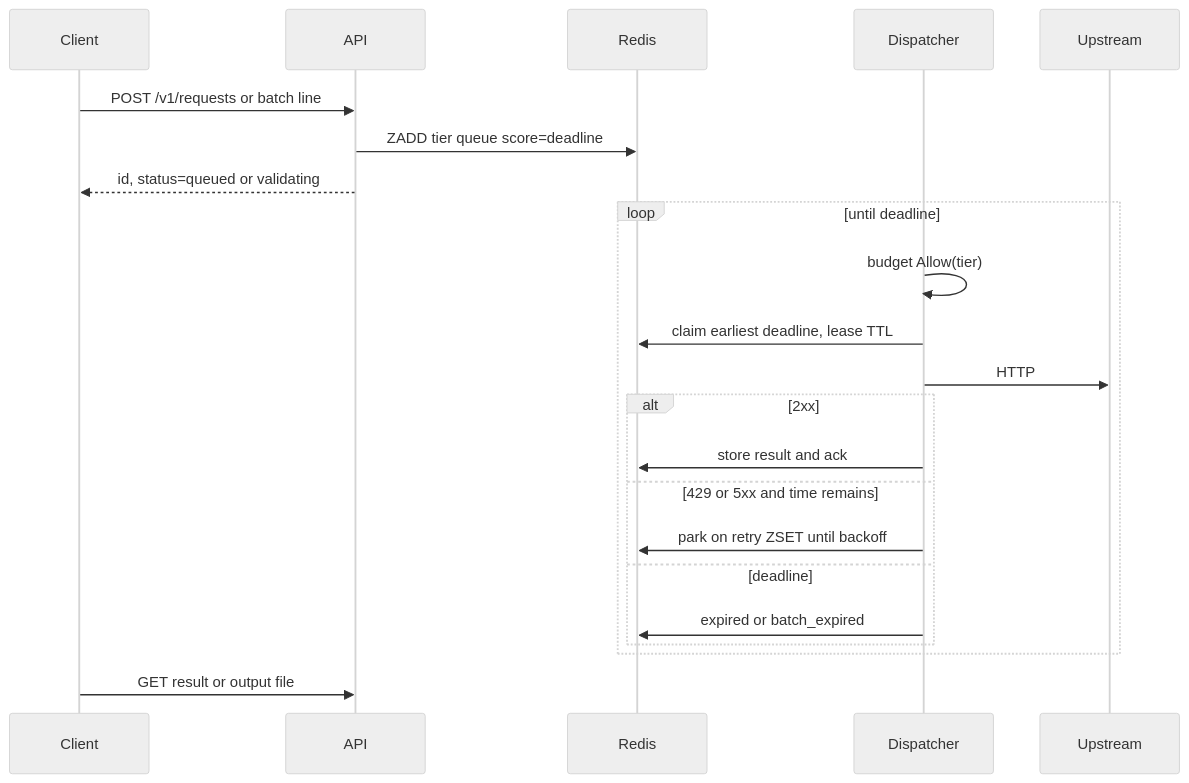
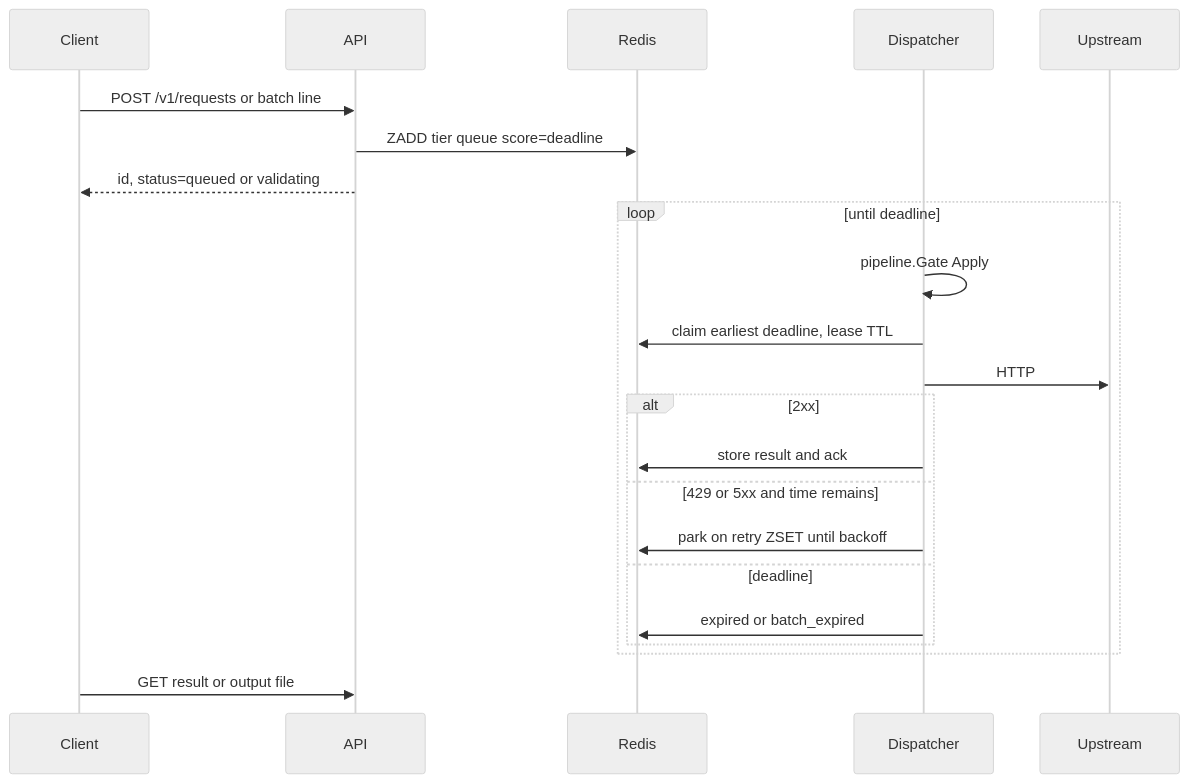
The second of 2 diagrams in README.md (rayo1uo/llm-async-gateway), drawn with Mermaid (neutral theme) before and after one commit. The commit also changed other lines of this file and 44 other files, not shown here.

````diff
--- a/README.md
+++ b/README.md
@@ -47,25 +59,25 @@
 ```mermaid
 sequenceDiagram
   participant C as Client
   participant A as API
   participant R as Redis
   participant D as Dispatcher
   participant U as Upstream
 
   C->>A: POST /v1/requests or batch line
   A->>R: ZADD tier queue score=deadline
   A-->>C: id, status=queued or validating
   loop until deadline
-    D->>D: budget Allow(tier)
+    D->>D: pipeline.Gate Apply
     D->>R: claim earliest deadline, lease TTL
     D->>U: HTTP
     alt 2xx
       D->>R: store result and ack
     else 429 or 5xx and time remains
       D->>R: park on retry ZSET until backoff
     else deadline
       D->>R: expired or batch_expired
     end
   end
   C->>A: GET result or output file
 ```
````
